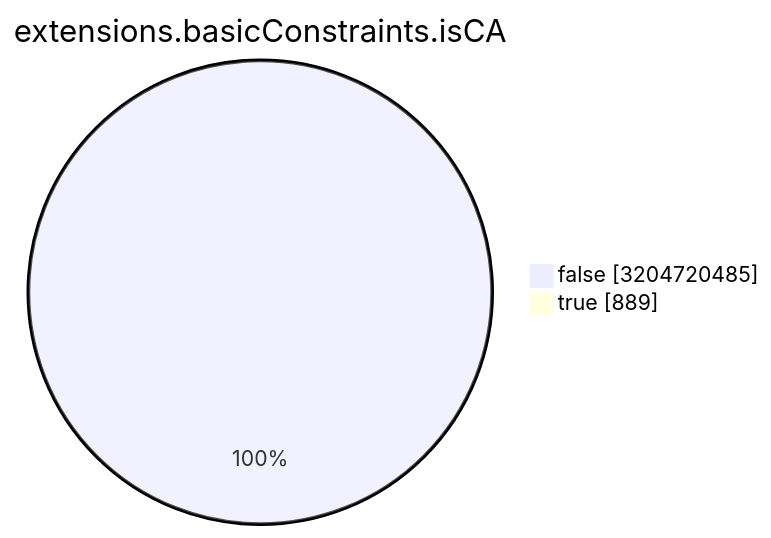
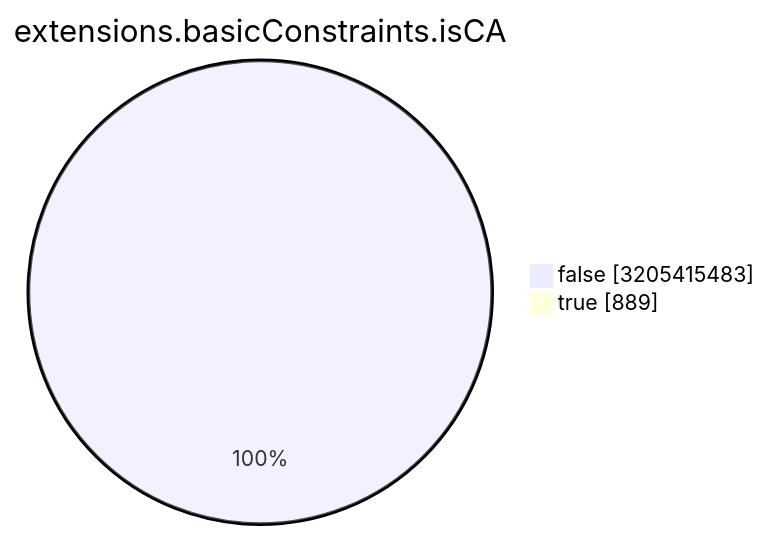
The seventh of 15 diagrams in TOTAL/README.md (christiankrug/ctmonitor_visualization), drawn with Mermaid before and after one commit. The commit also changed other lines of this file, not shown here.

````diff
--- a/TOTAL/README.md
+++ b/TOTAL/README.md
@@ -3088,6 +3088,6 @@
 ```mermaid
 pie showData
 title extensions.basicConstraints.isCA
-"false" :3204720485
+"false" :3205415483
 "true" :889
 ```
````
